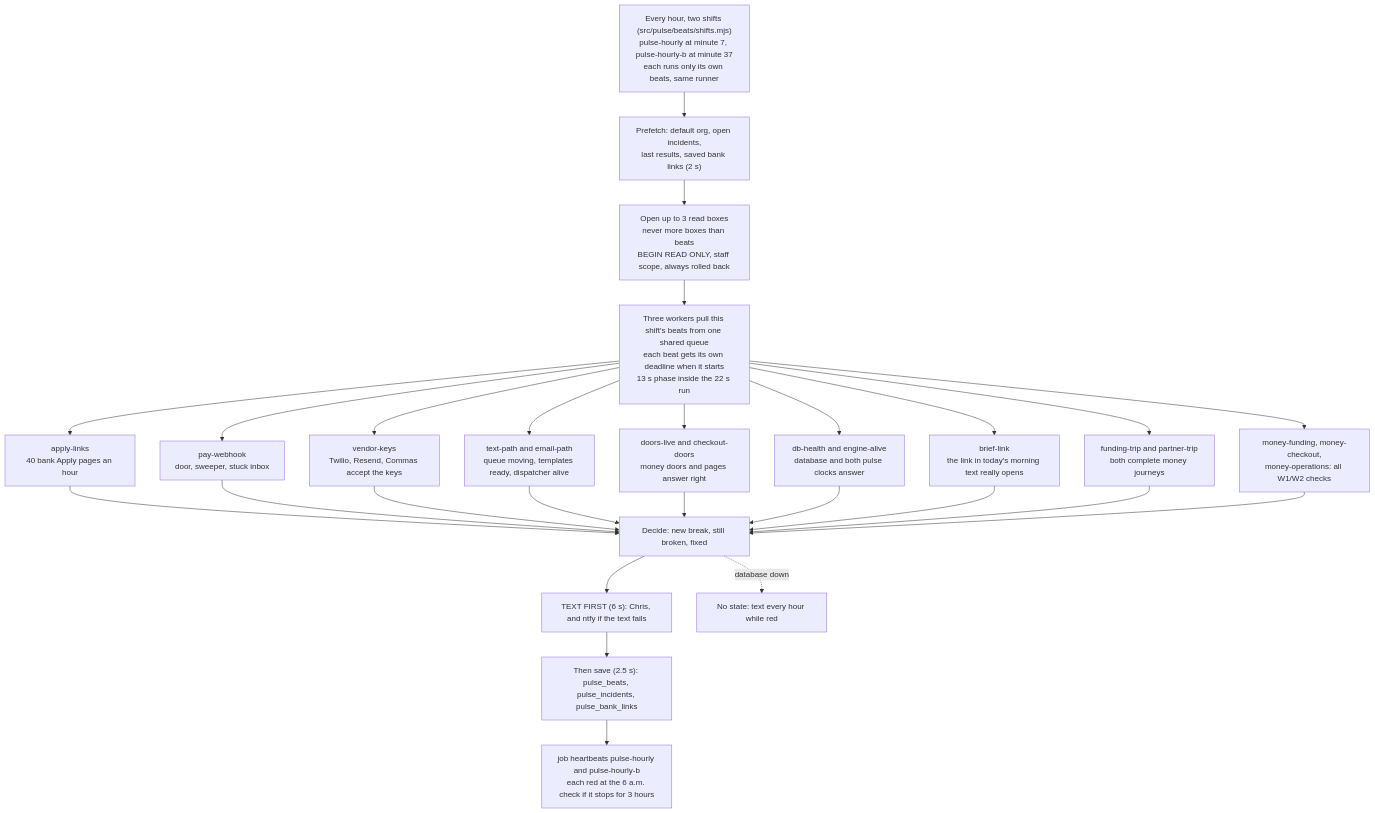
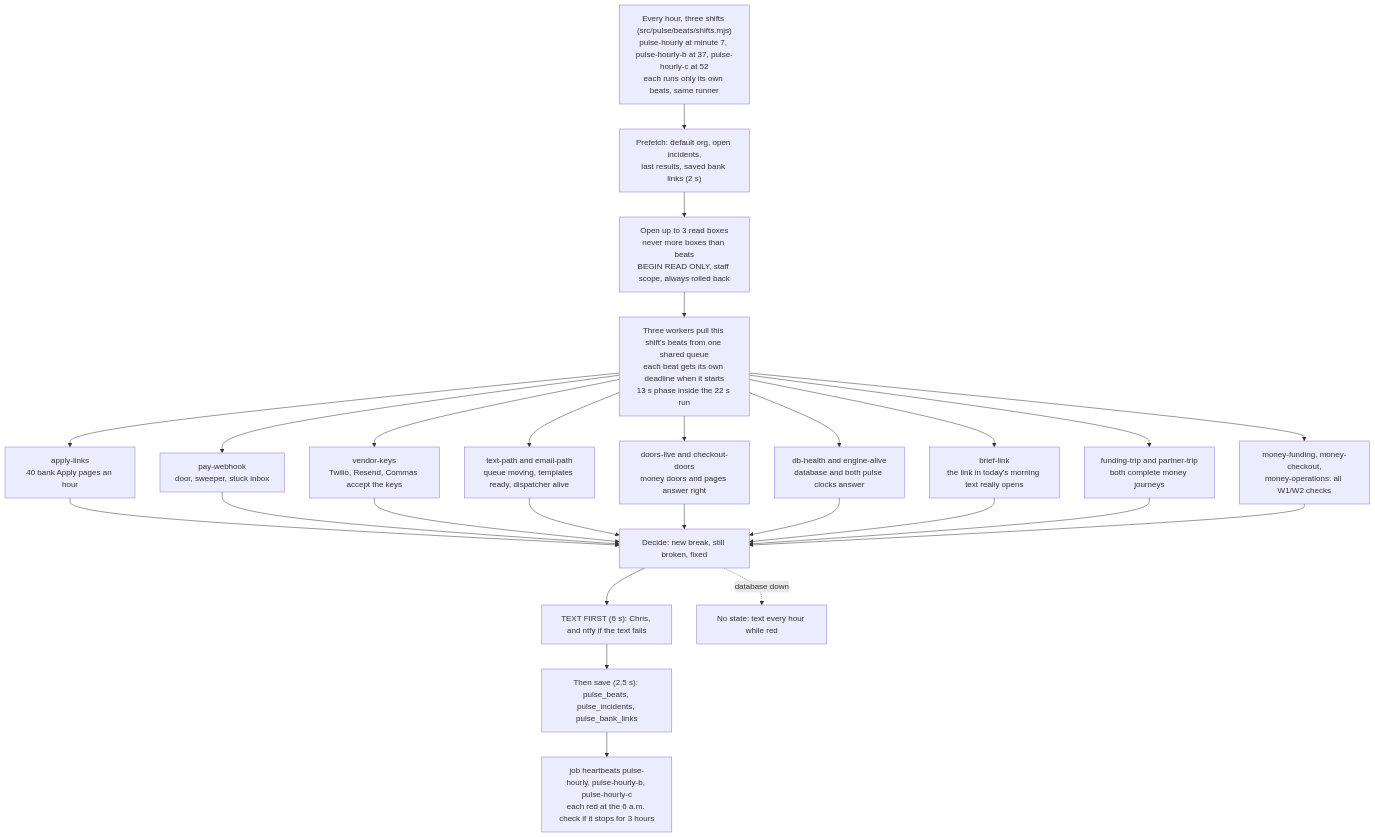
The second of 5 diagrams in docs/journeys/heartbeat-flow.md (ZootimusMaximusSupreme/fundhub-platform), drawn with Mermaid before and after one commit. The commit also changed other lines of this file and 4 other files, not shown here.

Commit message:
Pulse hourly capacity: heartbeat picture, changelog and comments name the third shift

````diff
--- a/docs/journeys/heartbeat-flow.md
+++ b/docs/journeys/heartbeat-flow.md
@@ -90,28 +90,28 @@
 ```mermaid
 flowchart TD
-    CLOCK["Every hour, two shifts (src/pulse/beats/shifts.mjs)<br/>pulse-hourly at minute 7, pulse-hourly-b at minute 37<br/>each runs only its own beats, same runner"] --> PRE["Prefetch: default org, open incidents,<br/>last results, saved bank links (2 s)"]
+    CLOCK["Every hour, three shifts (src/pulse/beats/shifts.mjs)<br/>pulse-hourly at minute 7, pulse-hourly-b at 37, pulse-hourly-c at 52<br/>each runs only its own beats, same runner"] --> PRE["Prefetch: default org, open incidents,<br/>last results, saved bank links (2 s)"]
     PRE --> BOX["Open up to 3 read boxes<br/>never more boxes than beats<br/>BEGIN READ ONLY, staff scope, always rolled back"]
     BOX --> BEATS["Three workers pull this shift's beats from one shared queue<br/>each beat gets its own deadline when it starts<br/>13 s phase inside the 22 s run"]
     BEATS --> B1["apply-links<br/>40 bank Apply pages an hour"]
     BEATS --> B2["pay-webhook<br/>door, sweeper, stuck inbox"]
     BEATS --> B3["vendor-keys<br/>Twilio, Resend, Commas accept the keys"]
     BEATS --> B4["text-path and email-path<br/>queue moving, templates ready, dispatcher alive"]
     BEATS --> B5["doors-live and checkout-doors<br/>money doors and pages answer right"]
     BEATS --> B6["db-health and engine-alive<br/>database and both pulse clocks answer"]
     BEATS --> B7["brief-link<br/>the link in today's morning text really opens"]
     BEATS --> B8["funding-trip and partner-trip<br/>both complete money journeys"]
     BEATS --> B9["money-funding, money-checkout,<br/>money-operations: all W1/W2 checks"]
     B1 --> DECIDE["Decide: new break, still broken, fixed"]
     B2 --> DECIDE
     B3 --> DECIDE
     B4 --> DECIDE
     B5 --> DECIDE
     B6 --> DECIDE
     B7 --> DECIDE
     B8 --> DECIDE
     B9 --> DECIDE
     DECIDE --> TEXT["TEXT FIRST (6 s): Chris, and ntfy if the text fails"]
     TEXT --> REC["Then save (2.5 s): pulse_beats, pulse_incidents, pulse_bank_links"]
-    REC --> BEAT["job heartbeats pulse-hourly and pulse-hourly-b<br/>each red at the 6 a.m. check if it stops for 3 hours"]
+    REC --> BEAT["job heartbeats pulse-hourly, pulse-hourly-b, pulse-hourly-c<br/>each red at the 6 a.m. check if it stops for 3 hours"]
     DECIDE -.->|database down| FALL["No state: text every hour while red"]
 ```
````
